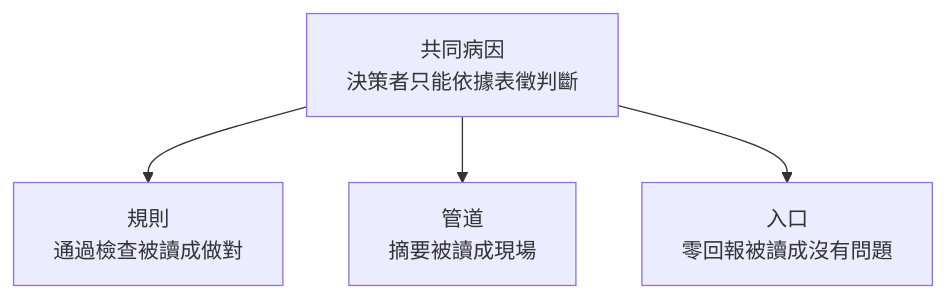
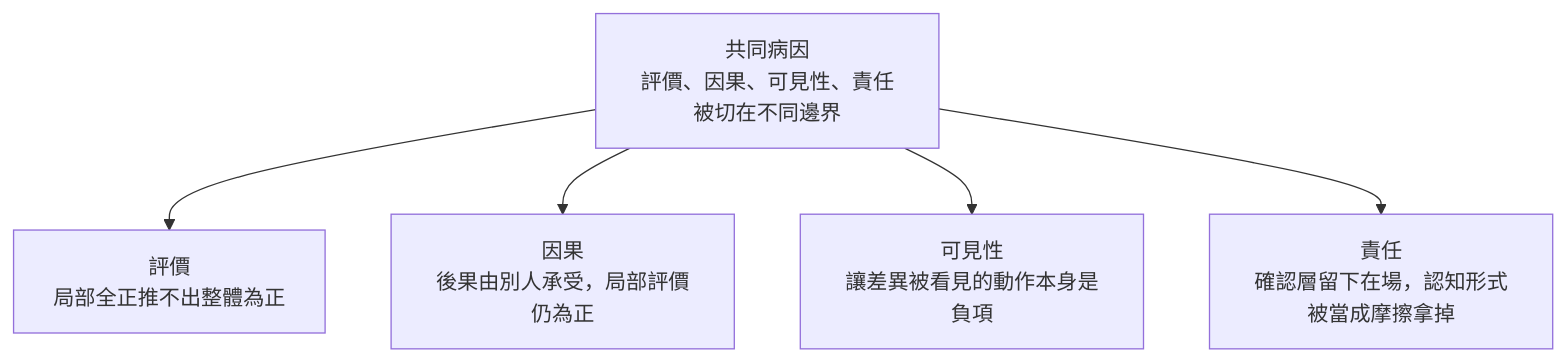
Before and after one commit to tacticaldoll/agent-distillates: the diagram in 2026-09-23-b/guide.zh-TW.md, drawn with Mermaid. The commit also changed other lines of this file and 9 other files, not shown here.

````diff
--- a/2026-09-23-b/guide.zh-TW.md
+++ b/2026-09-23-b/guide.zh-TW.md
@@ -23,6 +23,7 @@
 ```mermaid
 flowchart TD
-    E["共同病因<br/>決策者只能依據表徵判斷"] --> A["規則<br/>通過檢查被讀成做對"]
-    E --> B["管道<br/>摘要被讀成現場"]
-    E --> C["入口<br/>零回報被讀成沒有問題"]
+    E["共同病因<br/>評價、因果、可見性、責任被切在不同邊界"] --> A["評價<br/>局部全正推不出整體為正"]
+    E --> B["因果<br/>後果由別人承受，局部評價仍為正"]
+    E --> C["可見性<br/>讓差異被看見的動作本身是負項"]
+    E --> D["責任<br/>確認層留下在場，認知形式被當成摩擦拿掉"]
 ```
````
